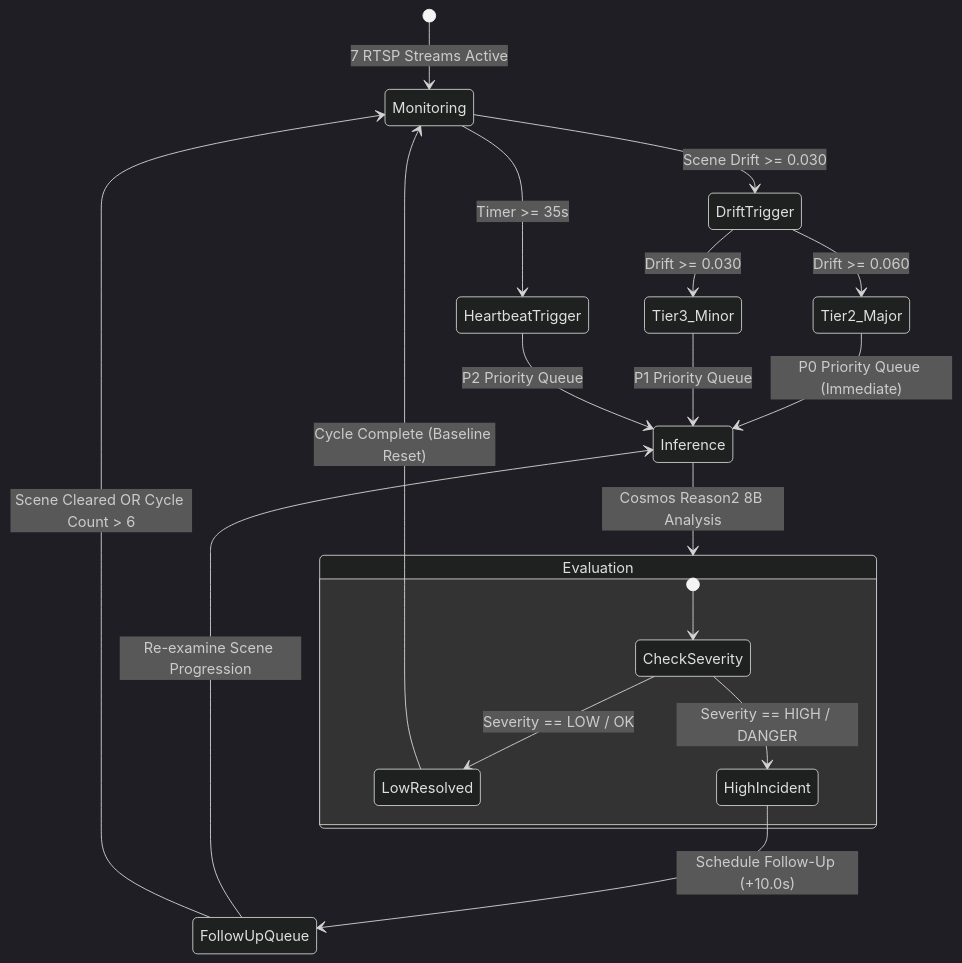
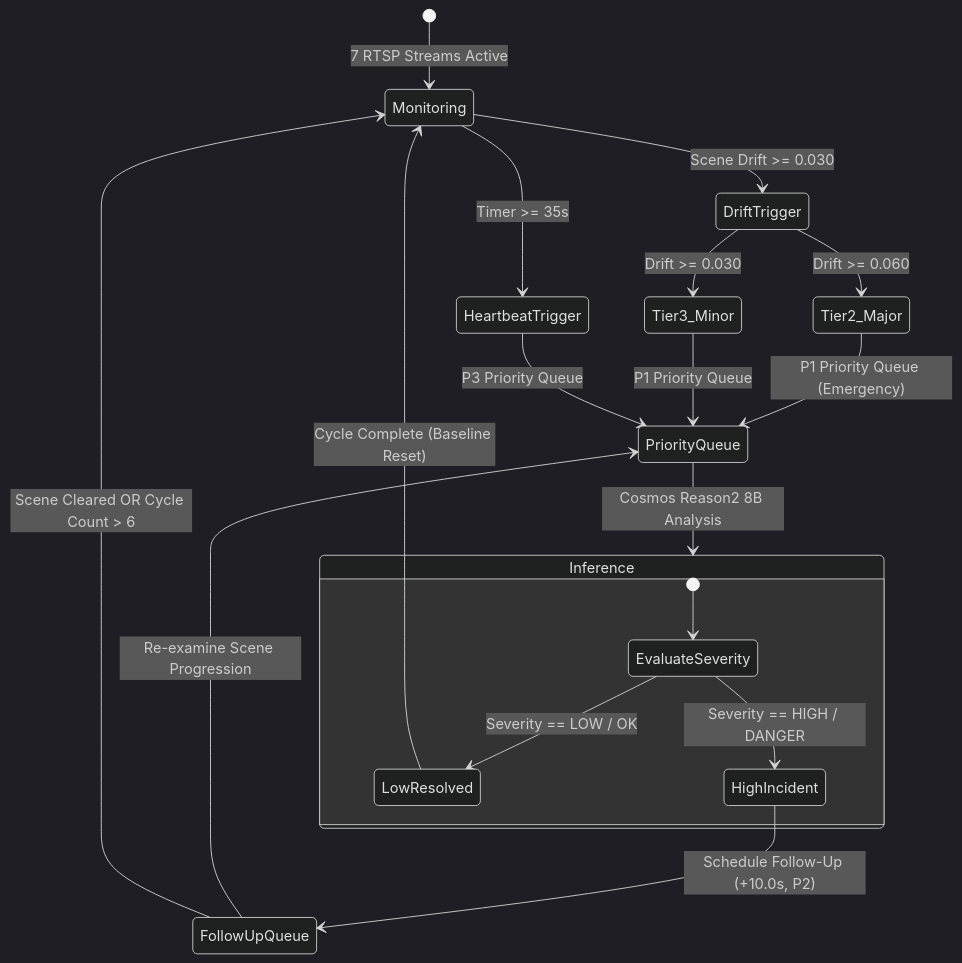
Before and after one commit to kaushikvarma-create/RapidAlert: the second of 2 diagrams in README.md, drawn with Mermaid (dark theme). The commit also changed other lines of this file and 1 other file, not shown here.

Commit message:
docs: expand README and technical deepdive with two-tier priority queuing architecture, MIG load balancing, and performance telemetry

````diff
--- a/README.md
+++ b/README.md
@@ -181,26 +263,26 @@
 ```mermaid
 stateDiagram-v2
     [*] --> Monitoring: 7 RTSP Streams Active
     Monitoring --> DriftTrigger: Scene Drift >= 0.030
     Monitoring --> HeartbeatTrigger: Timer >= 35s
 
     DriftTrigger --> Tier2_Major: Drift >= 0.060
     DriftTrigger --> Tier3_Minor: Drift >= 0.030
 
-    Tier2_Major --> Inference: P0 Priority Queue (Immediate)
-    Tier3_Minor --> Inference: P1 Priority Queue
-    HeartbeatTrigger --> Inference: P2 Priority Queue
+    Tier2_Major --> PriorityQueue: P1 Priority Queue (Emergency)
+    Tier3_Minor --> PriorityQueue: P1 Priority Queue
+    HeartbeatTrigger --> PriorityQueue: P3 Priority Queue
 
-    Inference --> Evaluation: Cosmos Reason2 8B Analysis
+    PriorityQueue --> Inference: Cosmos Reason2 8B Analysis
     
-    state Evaluation {
-        [*] --> CheckSeverity
-        CheckSeverity --> LowResolved: Severity == LOW / OK
-        CheckSeverity --> HighIncident: Severity == HIGH / DANGER
+    state Inference {
+        [*] --> EvaluateSeverity
+        EvaluateSeverity --> LowResolved: Severity == LOW / OK
+        EvaluateSeverity --> HighIncident: Severity == HIGH / DANGER
     }
 
     LowResolved --> Monitoring: Cycle Complete (Baseline Reset)
-    HighIncident --> FollowUpQueue: Schedule Follow-Up (+10.0s)
-    FollowUpQueue --> Inference: Re-examine Scene Progression
+    HighIncident --> FollowUpQueue: Schedule Follow-Up (+10.0s, P2)
+    FollowUpQueue --> PriorityQueue: Re-examine Scene Progression
     FollowUpQueue --> Monitoring: Scene Cleared OR Cycle Count > 6
 ```
````
